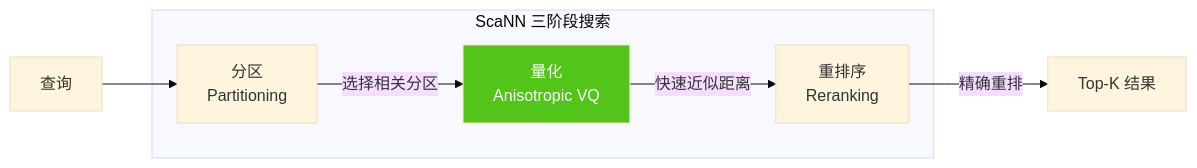
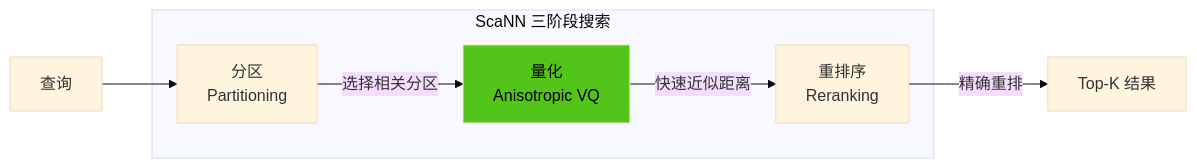
Diagram 27 of 42 in docs/research/003-vector-search-algorithm.md (ThreeFish-AI/agentic-ai-cognizes), drawn with Mermaid (base theme) before and after one commit. The commit also changed other lines of this file, not shown here.

First line of the commit message:
docs(Research): 优化文档图表样式与可读性;

````diff
--- a/docs/research/003-vector-search-algorithm.md
+++ b/docs/research/003-vector-search-algorithm.md
@@ -1272,15 +1278,15 @@
 ```mermaid
 graph LR
     subgraph "ScaNN 三阶段搜索"
         P[分区<br/>Partitioning]
         Q[量化<br/>Anisotropic VQ]
         R[重排序<br/>Reranking]
     end
 
     Query[查询] --> P
     P --> |"选择相关分区"| Q
     Q --> |"快速近似距离"| R
     R --> |"精确重排"| Result[Top-K 结果]
 
-    style Q fill:#52c41a,color:#fff
+    style Q fill:#52c41a,color:#000000
 ```
````
